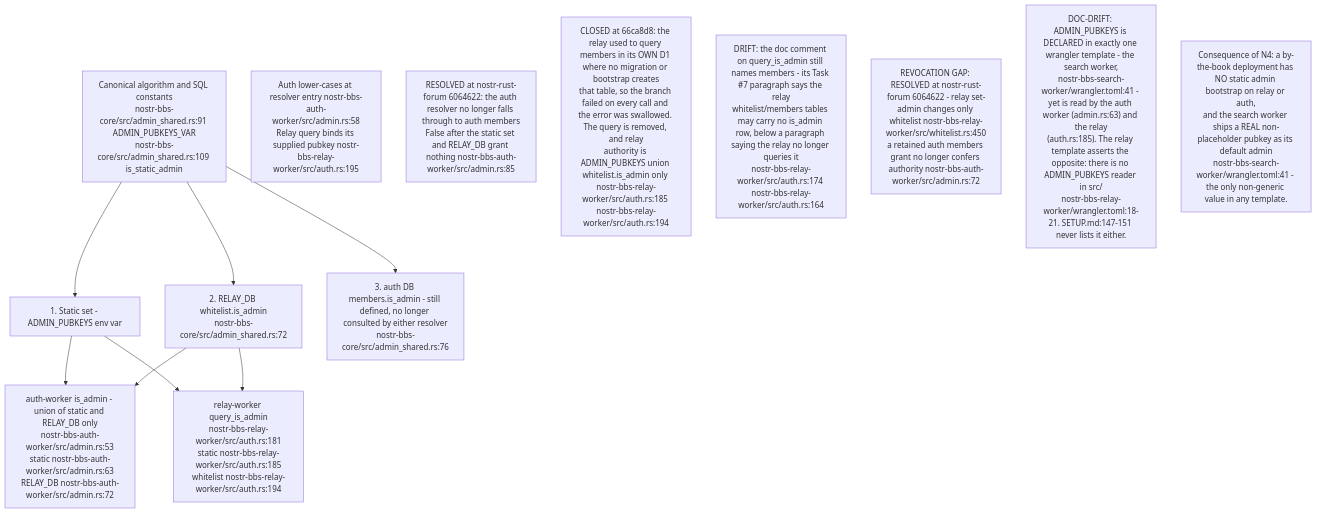
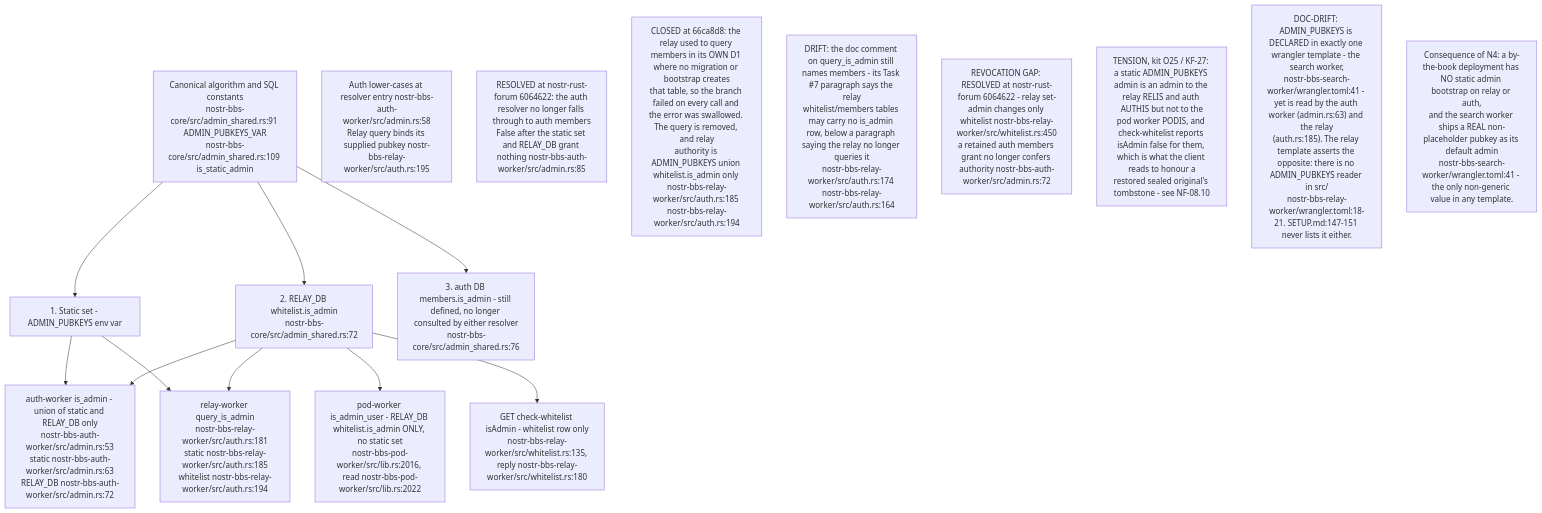
Before and after one commit to DreamLab-AI/VisionFlow: the seventh of 11 diagrams in docs/diagrams/nostr-rust-forum/08-config-zones-stores-and-admin-authority.md, drawn with Mermaid. The commit also changed other lines of this file and 1 other file, not shown here.

First line of the commit message:
docs(diagrams): NF-08 and NF-25 re-verified at nostr-rust-forum af4f0d5

````diff
--- a/docs/diagrams/nostr-rust-forum/08-config-zones-stores-and-admin-authority.md
+++ b/docs/diagrams/nostr-rust-forum/08-config-zones-stores-and-admin-authority.md
@@ -251,21 +263,27 @@
 ```mermaid
 flowchart TB
     CANON["Canonical algorithm and SQL constants<br/>nostr-bbs-core/src/admin_shared.rs:91 ADMIN_PUBKEYS_VAR<br/>nostr-bbs-core/src/admin_shared.rs:109 is_static_admin"]
     S1["1. Static set - ADMIN_PUBKEYS env var"]
     S2["2. RELAY_DB whitelist.is_admin<br/>nostr-bbs-core/src/admin_shared.rs:72"]
     S3["3. auth DB members.is_admin - still defined, no longer consulted by either resolver<br/>nostr-bbs-core/src/admin_shared.rs:76"]
     AUTHIS["auth-worker is_admin - union of static and RELAY_DB only<br/>nostr-bbs-auth-worker/src/admin.rs:53<br/>static nostr-bbs-auth-worker/src/admin.rs:63<br/>RELAY_DB nostr-bbs-auth-worker/src/admin.rs:72"]
     RELIS["relay-worker query_is_admin<br/>nostr-bbs-relay-worker/src/auth.rs:181<br/>static nostr-bbs-relay-worker/src/auth.rs:185<br/>whitelist nostr-bbs-relay-worker/src/auth.rs:194"]
 
+    PODIS["pod-worker is_admin_user - RELAY_DB whitelist.is_admin ONLY, no static set<br/>nostr-bbs-pod-worker/src/lib.rs:2016, read nostr-bbs-pod-worker/src/lib.rs:2022"]
+    CHK["GET check-whitelist isAdmin - whitelist row only<br/>nostr-bbs-relay-worker/src/whitelist.rs:135, reply nostr-bbs-relay-worker/src/whitelist.rs:180"]
+
     CANON --> S1 & S2 & S3
     S1 & S2 --> AUTHIS
     S1 & S2 --> RELIS
+    S2 --> PODIS
+    S2 --> CHK
 
     N1["Auth lower-cases at resolver entry nostr-bbs-auth-worker/src/admin.rs:58<br/>Relay query binds its supplied pubkey nostr-bbs-relay-worker/src/auth.rs:195"]
     N2["RESOLVED at nostr-rust-forum 6064622: the auth resolver no longer falls through to auth members<br/>False after the static set and RELAY_DB grant nothing nostr-bbs-auth-worker/src/admin.rs:85"]
     N3["CLOSED at 66ca8d8: the relay used to query members in its OWN D1 where no migration or bootstrap creates<br/>that table, so the branch failed on every call and the error was swallowed. The query is removed, and relay<br/>authority is ADMIN_PUBKEYS union whitelist.is_admin only nostr-bbs-relay-worker/src/auth.rs:185 nostr-bbs-relay-worker/src/auth.rs:194"]
     N3B["DRIFT: the doc comment on query_is_admin still names members - its Task #7 paragraph says the relay<br/>whitelist/members tables may carry no is_admin row, below a paragraph saying the relay no longer queries it<br/>nostr-bbs-relay-worker/src/auth.rs:174 nostr-bbs-relay-worker/src/auth.rs:164"]
     N3C["REVOCATION GAP: RESOLVED at nostr-rust-forum 6064622 - relay set-admin changes only whitelist nostr-bbs-relay-worker/src/whitelist.rs:450<br/>a retained auth members grant no longer confers authority nostr-bbs-auth-worker/src/admin.rs:72"]
+    N6["TENSION, kit O25 / KF-27: a static ADMIN_PUBKEYS admin is an admin to the relay RELIS and auth AUTHIS but not to the<br/>pod worker PODIS, and check-whitelist reports isAdmin false for them, which is what the client reads to honour a<br/>restored sealed original's tombstone - see NF-08.10"]
     N4["DOC-DRIFT: ADMIN_PUBKEYS is DECLARED in exactly one wrangler template - the search worker,<br/>nostr-bbs-search-worker/wrangler.toml:41 - yet is read by the auth worker (admin.rs:63) and the relay<br/>(auth.rs:185). The relay template asserts the opposite: there is no ADMIN_PUBKEYS reader in src/<br/>nostr-bbs-relay-worker/wrangler.toml:18-21. SETUP.md:147-151 never lists it either."]
     N5["Consequence of N4: a by-the-book deployment has NO static admin bootstrap on relay or auth,<br/>and the search worker ships a REAL non-placeholder pubkey as its default admin<br/>nostr-bbs-search-worker/wrangler.toml:41 - the only non-generic value in any template."]
 ```
````
